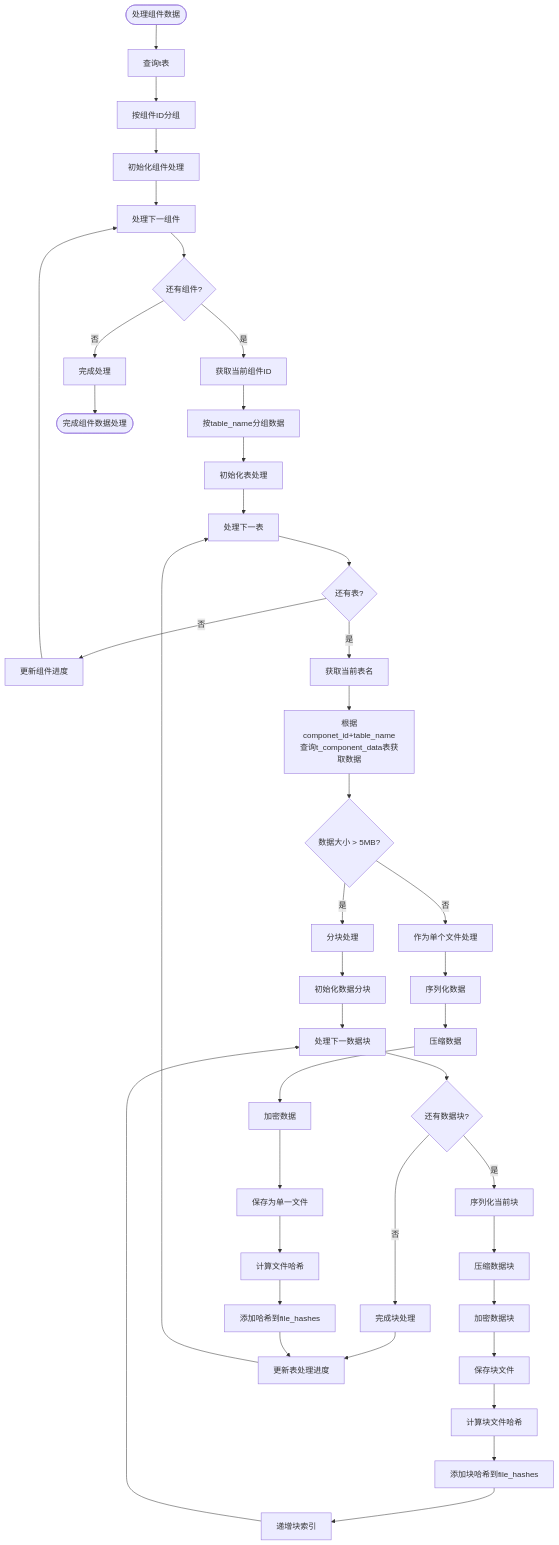
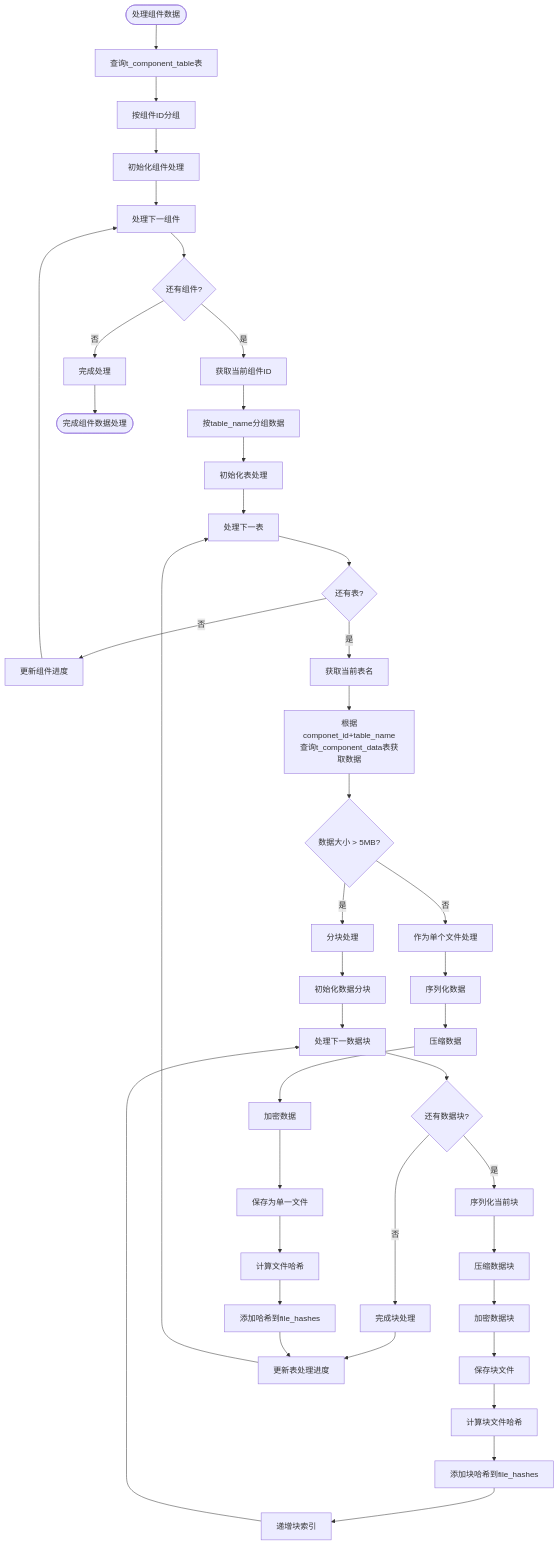
The diagram in all/未命名-56.md (yingjianzh/iodraw-files), drawn with Mermaid before and after one commit.

Commit message:
2025-05-12 14:23:05 update

````diff
--- a/all/未命名-56.md
+++ b/all/未命名-56.md
@@ -1,57 +1,57 @@
 ```mermaid
 
 flowchart TD
-    Start([处理组件数据]) --> QueryDB[查询t表]
+    Start([处理组件数据]) --> QueryDB[查询t_component_table表]
     QueryDB --> GroupByComp[按组件ID分组]
     GroupByComp --> InitCompProcess[初始化组件处理]
     
     InitCompProcess --> ProcessNextComp[处理下一组件]
     ProcessNextComp --> MoreComps{还有组件?}
     MoreComps -->|否| CompleteProcess[完成处理]
     MoreComps -->|是| GetCompID[获取当前组件ID]
     
     GetCompID --> GroupByTable[按table_name分组数据]
     GroupByTable --> InitTableProcess[初始化表处理]
     
     InitTableProcess --> ProcessNextTable[处理下一表]
     ProcessNextTable --> MoreTables{还有表?}
     MoreTables -->|否| UpdateCompProgress[更新组件进度]
     MoreTables -->|是| GetTableName[获取当前表名]
     
     UpdateCompProgress --> ProcessNextComp
     
     GetTableName --> QueryTableData[根据componet_id+table_name查询t_component_data表获取数据]
     QueryTableData --> DataSize{数据大小 > 5MB?}
     
     DataSize -->|否| ProcessSingleFile[作为单个文件处理]
     DataSize -->|是| ProcessMultipleChunks[分块处理]
     
     ProcessSingleFile --> SerializeData[序列化数据]
     SerializeData --> CompressData[压缩数据]
     CompressData --> EncryptData[加密数据]
     EncryptData --> SaveSingleFile[保存为单一文件]
     SaveSingleFile --> CalcFileHash[计算文件哈希]
     CalcFileHash --> AddToFileHashes[添加哈希到file_hashes]
 
     ProcessMultipleChunks --> InitChunks[初始化数据分块]
     InitChunks --> ProcessNextChunk[处理下一数据块]
     
     ProcessNextChunk --> MoreChunks{还有数据块?}
     MoreChunks -->|否| CompleteChunks[完成块处理]
     MoreChunks -->|是| SerializeChunk[序列化当前块]
     
     SerializeChunk --> CompressChunk[压缩数据块]
     CompressChunk --> EncryptChunk[加密数据块]
     EncryptChunk --> SaveChunkFile[保存块文件]
     SaveChunkFile --> CalcChunkHash[计算块文件哈希]
     CalcChunkHash --> AddChunkHash[添加块哈希到file_hashes]
     AddChunkHash --> IncrementChunkIndex[递增块索引]
     IncrementChunkIndex --> ProcessNextChunk
     
     CompleteChunks --> UpdateTableProgress[更新表处理进度]
     AddToFileHashes --> UpdateTableProgress
     UpdateTableProgress --> ProcessNextTable
     
     CompleteProcess --> End([完成组件数据处理])
 
 ```
````
